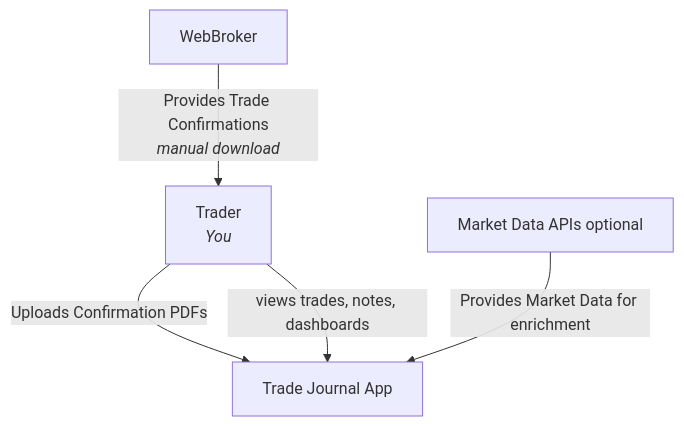
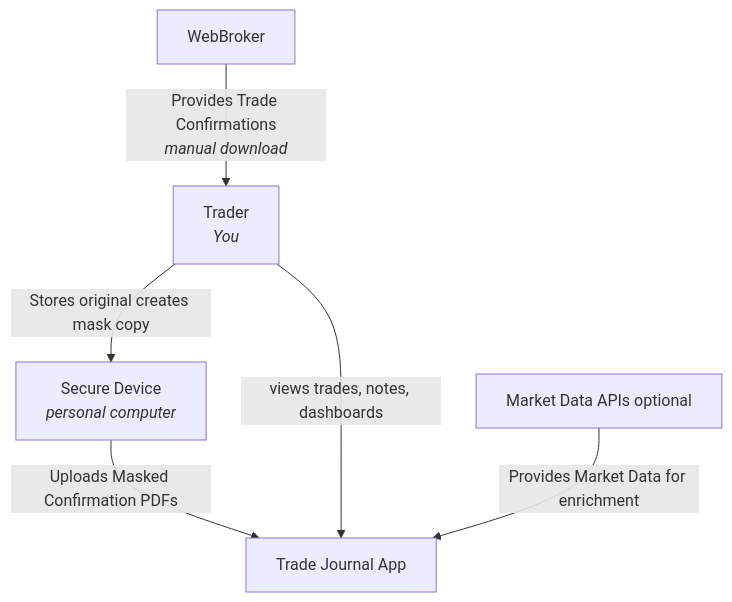
The first of 2 diagrams in ARCHITECTURE.md (jasonchurch/tradejournal8), drawn with Mermaid before and after one commit. The commit also changed other lines of this file and 1 other file, not shown here.

Commit message:
feat: enhance architecture documentation with secure device integration and data masking flow

````diff
--- a/ARCHITECTURE.md
+++ b/ARCHITECTURE.md
@@ -26,12 +26,14 @@
 ```mermaid
 graph TD
     user[Trader<br><i>You</i>]
     WebBroker[WebBroker]
     MarketData[Market Data APIs optional]
     TradeJournal[Trade Journal App]
+    SecureDevice[Secure Device<br><i>personal computer<i/>]
 
-    user --> |Uploads Confirmation PDFs| TradeJournal
+    user --> |Stores original creates mask copy| SecureDevice
+    SecureDevice --> |Uploads Masked Confirmation PDFs| TradeJournal
     user --> |views trades, notes, dashboards| TradeJournal
     WebBroker --> |Provides Trade Confirmations<br><i>manual download</i>| user
     MarketData --> |Provides Market Data for enrichment| TradeJournal
 ```
````
